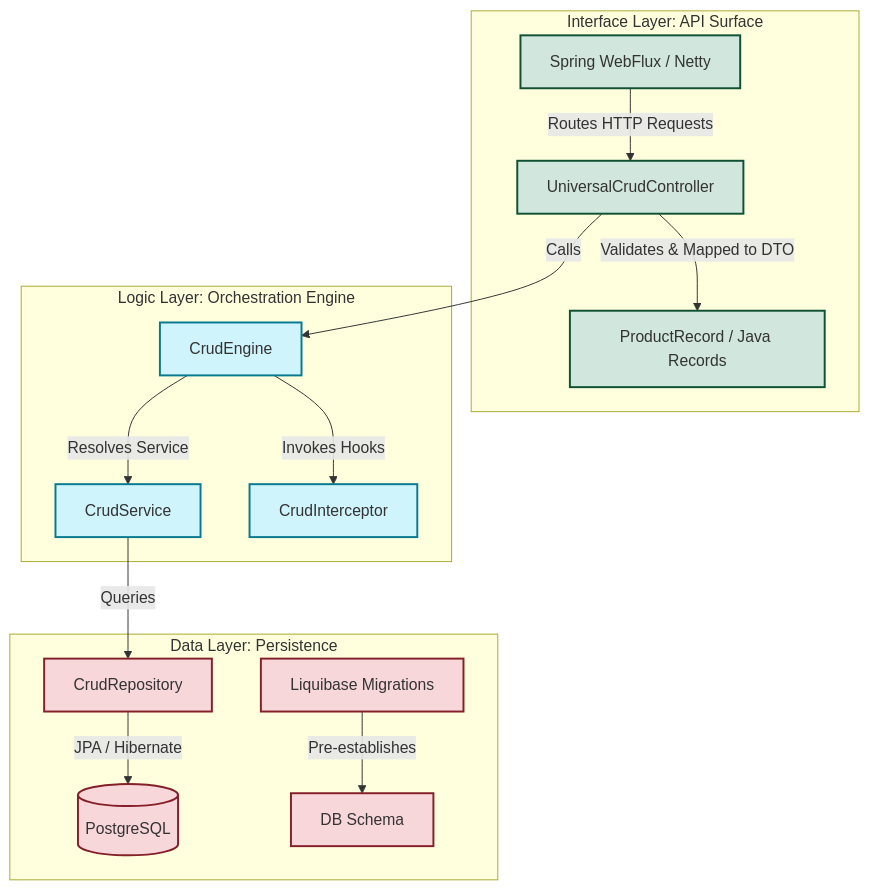
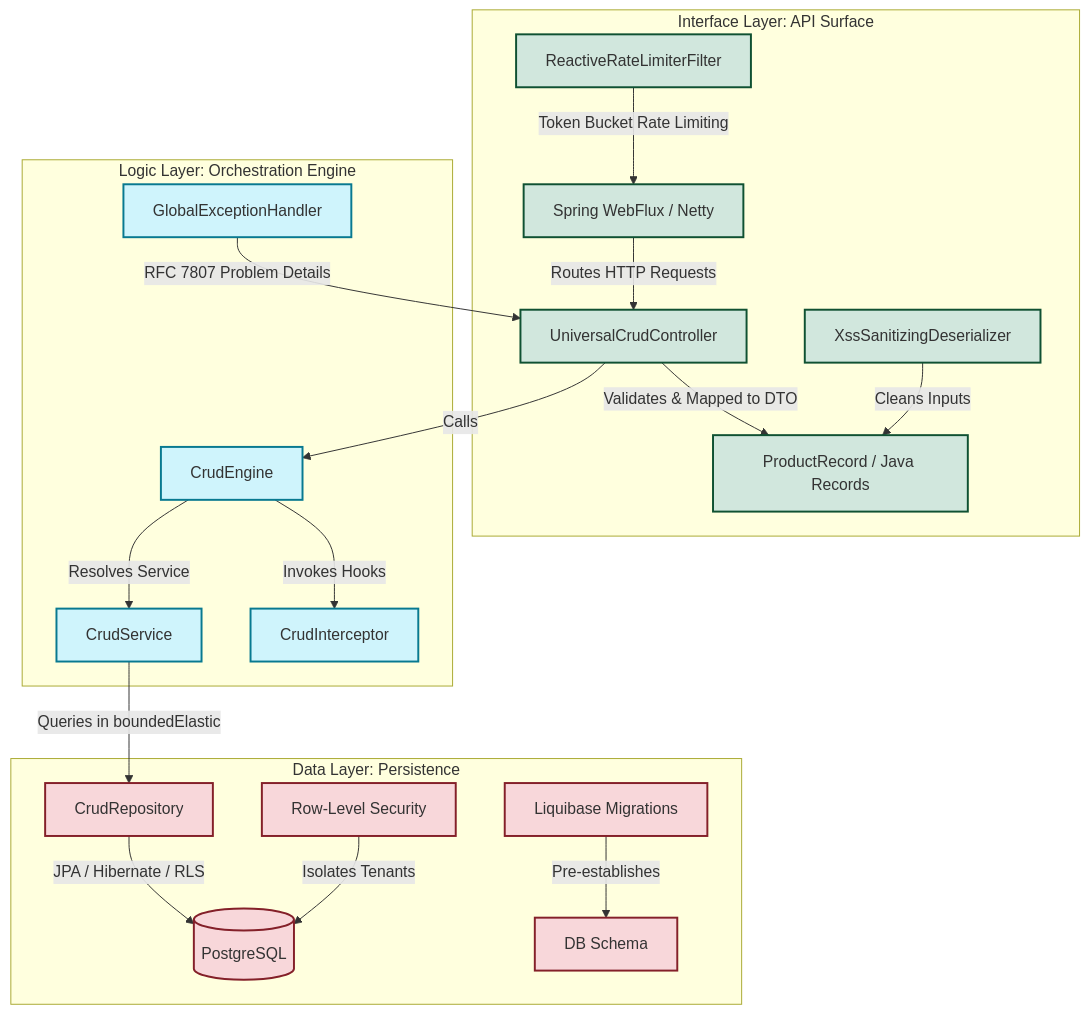
One commit to 7-3-N-3-7/CRUD-Engine-API changed the diagram in README.md. Above: the diagram before and after it, drawn with Mermaid. The commit also changed other lines of this file and 4 other files, not shown here.

Commit message:
feat: configure RFC 7807 Problem Details global exception handler and update architectural docs

````diff
--- a/README.md
+++ b/README.md
@@ -25,26 +27,30 @@
 ```mermaid
 graph TD
     subgraph Interface Layer [Interface Layer: API Surface]
         WebFlux[Spring WebFlux / Netty] -->|Routes HTTP Requests| Controller[UniversalCrudController]
         Controller -->|Validates & Mapped to DTO| DTO[ProductRecord / Java Records]
+        Limiter[ReactiveRateLimiterFilter] -->|Token Bucket Rate Limiting| WebFlux
+        Xss[XssSanitizingDeserializer] -->|Cleans Inputs| DTO
     end
 
     subgraph Logic Layer [Logic Layer: Orchestration Engine]
         Controller -->|Calls| CrudEngine[CrudEngine]
         CrudEngine -->|Resolves Service| Service[CrudService]
         CrudEngine -->|Invokes Hooks| Interceptor[CrudInterceptor]
+        GlobalHandler[GlobalExceptionHandler] -->|RFC 7807 Problem Details| Controller
     end
 
     subgraph Data Layer [Data Layer: Persistence]
-        Service -->|Queries| Repository[CrudRepository]
-        Repository -->|JPA / Hibernate| DB[(PostgreSQL)]
+        Service -->|Queries in boundedElastic| Repository[CrudRepository]
+        Repository -->|JPA / Hibernate / RLS| DB[(PostgreSQL)]
         Liquibase[Liquibase Migrations] -->|Pre-establishes| Schema[DB Schema]
+        RLS[Row-Level Security] -->|Isolates Tenants| DB
     end
 
     classDef interface fill:#d1e7dd,stroke:#0f5132,stroke-width:2px;
     classDef logic fill:#cff4fc,stroke:#087990,stroke-width:2px;
     classDef data fill:#f8d7da,stroke:#842029,stroke-width:2px;
-    class WebFlux,Controller,DTO interface;
-    class CrudEngine,Service,Interceptor logic;
-    class Repository,DB,Liquibase,Schema data;
+    class WebFlux,Controller,DTO,Limiter,Xss interface;
+    class CrudEngine,Service,Interceptor,GlobalHandler logic;
+    class Repository,DB,Liquibase,Schema,RLS data;
 ```
````
